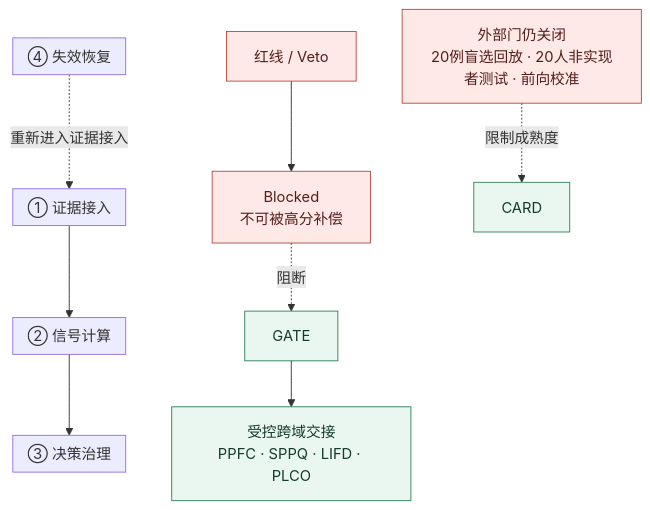
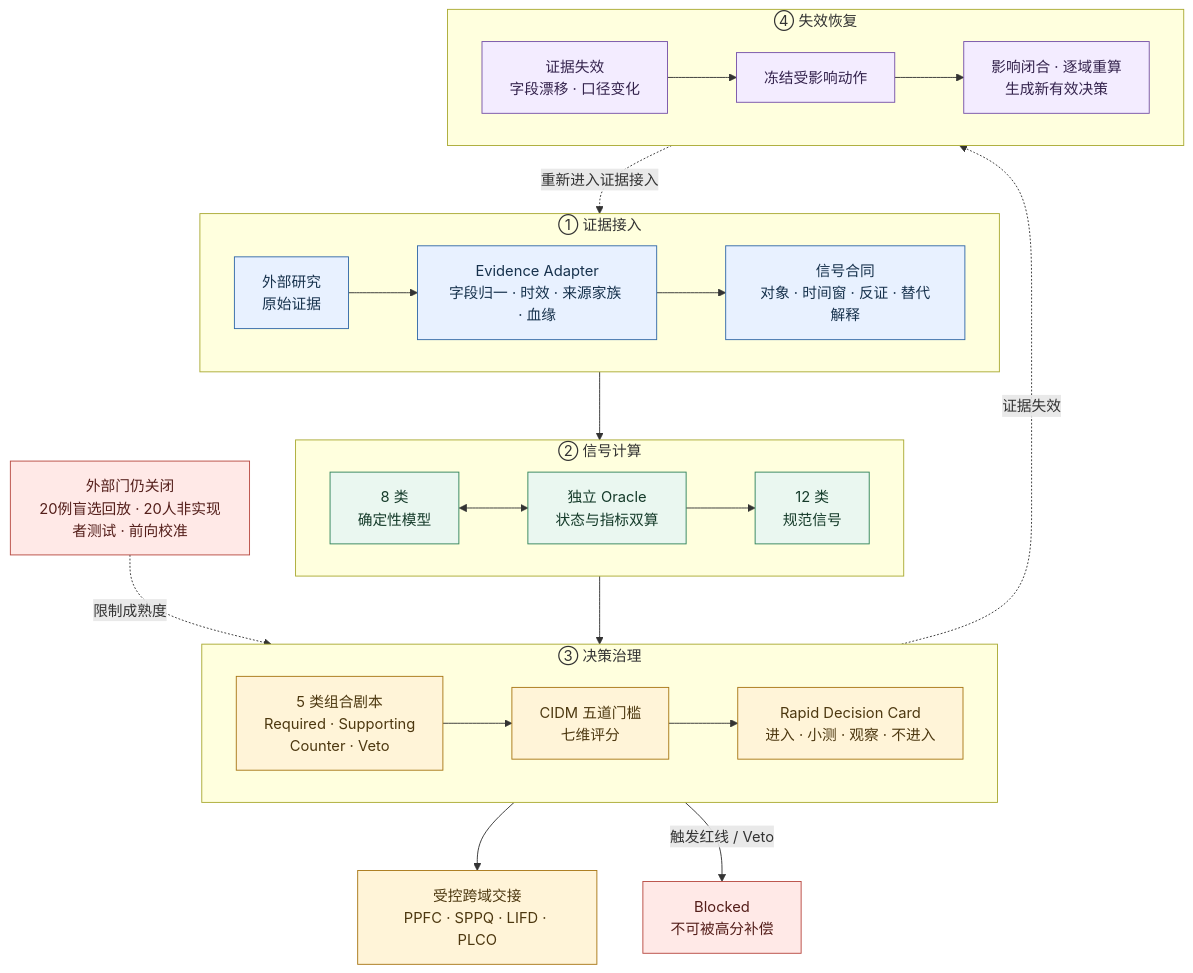
The first of 3 diagrams in README.md (saye-chen/CrossBorder-Decision-Lab), drawn with Mermaid before and after one commit. The commit also changed 2 other files, not shown here.

Commit message:
Fix OSL diagram structure and layout

````diff
--- a/README.md
+++ b/README.md
@@ -17,26 +17,40 @@
 ```mermaid
 flowchart TB
     subgraph IN["① 证据接入"]
-      direction LR; RAW["外部研究 · 原始证据"] --> ADP["Evidence Adapter<br/>字段归一 · 时效 · 来源家族 · 血缘"]
+      direction LR
+      RAW["外部研究<br/>原始证据"] --> ADP["Evidence Adapter<br/>字段归一 · 时效 · 来源家族 · 血缘"]
+      ADP --> CON["信号合同<br/>对象 · 时间窗 · 反证 · 替代解释"]
     end
     subgraph CORE["② 信号计算"]
-      direction LR; CON["信号合同<br/>对象 · 时间窗 · 反证 · 替代解释"] --> MOD["8 类确定性模型"] <--> ORA["独立 Oracle<br/>状态与指标双算"] --> SIG["12 类规范信号"]
+      direction LR
+      MOD["8 类<br/>确定性模型"] <--> ORA["独立 Oracle<br/>状态与指标双算"]
+      ORA --> SIG["12 类<br/>规范信号"]
     end
     subgraph DEC["③ 决策治理"]
-      direction LR; PLAY["5 类组合剧本<br/>Required · Supporting · Counter · Veto"] --> GATE["CIDM 五道门槛<br/>七维评分"] --> CARD["Rapid Decision Card<br/>进入 · 小测 · 观察 · 不进入"]
+      direction LR
+      PLAY["5 类组合剧本<br/>Required · Supporting<br/>Counter · Veto"] --> GATE["CIDM 五道门槛<br/>七维评分"]
+      GATE --> CARD["Rapid Decision Card<br/>进入 · 小测 · 观察 · 不进入"]
     end
     subgraph REC["④ 失效恢复"]
-      direction LR; DRIFT["证据失效 · 字段漂移 · 口径变化"] --> FREEZE["冻结受影响动作"] --> RECOMPUTE["影响闭合 · 逐域重算 · 新有效决策"]
+      direction LR
+      DRIFT["证据失效<br/>字段漂移 · 口径变化"] --> FREEZE["冻结受影响动作"]
+      FREEZE --> RECOMPUTE["影响闭合 · 逐域重算<br/>生成新有效决策"]
     end
-    IN --> CORE --> DEC
-    REC -.重新进入证据接入.-> IN
-    GATE --> HAND["受控跨域交接<br/>PPFC · SPPQ · LIFD · PLCO"]
-    VETO["红线 / Veto"] --> BLOCK["Blocked<br/>不可被高分补偿"] -.阻断.-> GATE
+    CON --> MOD
+    SIG --> PLAY
+    CARD --> HAND["受控跨域交接<br/>PPFC · SPPQ · LIFD · PLCO"]
+    GATE -->|触发红线 / Veto| BLOCK["Blocked<br/>不可被高分补偿"]
+    CARD -.证据失效.-> DRIFT
+    RECOMPUTE -.重新进入证据接入.-> RAW
     EXT["外部门仍关闭<br/>20例盲选回放 · 20人非实现者测试 · 前向校准"] -.限制成熟度.-> CARD
     classDef evidence fill:#e8f1ff,stroke:#3269a8,color:#17324d
     classDef signal fill:#eaf7f0,stroke:#31845c,color:#153b2a
+    classDef decision fill:#fff4d8,stroke:#a87716,color:#4d3810
+    classDef recovery fill:#f3ecff,stroke:#7652a8,color:#34234d
     classDef stop fill:#ffe9e7,stroke:#b84a42,color:#541e1a
-    class RAW,ADP evidence
-    class CON,MOD,ORA,SIG,PLAY,GATE,CARD,HAND,DRIFT,FREEZE,RECOMPUTE signal
-    class VETO,BLOCK,EXT stop
+    class RAW,ADP,CON evidence
+    class MOD,ORA,SIG signal
+    class PLAY,GATE,CARD,HAND decision
+    class DRIFT,FREEZE,RECOMPUTE recovery
+    class BLOCK,EXT stop
 ```
````
